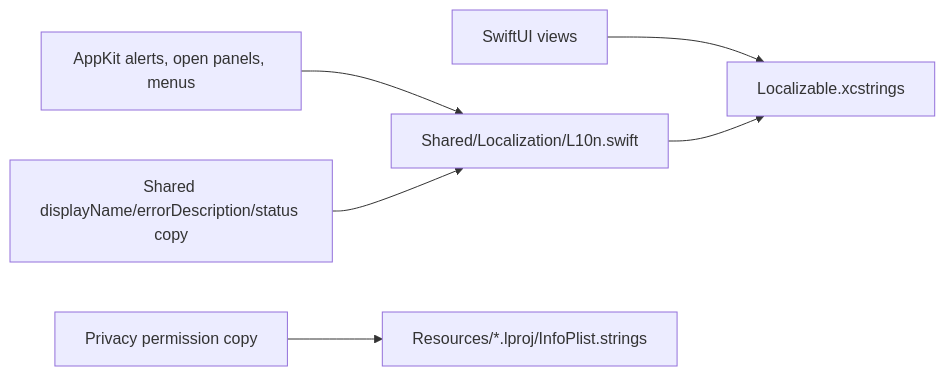
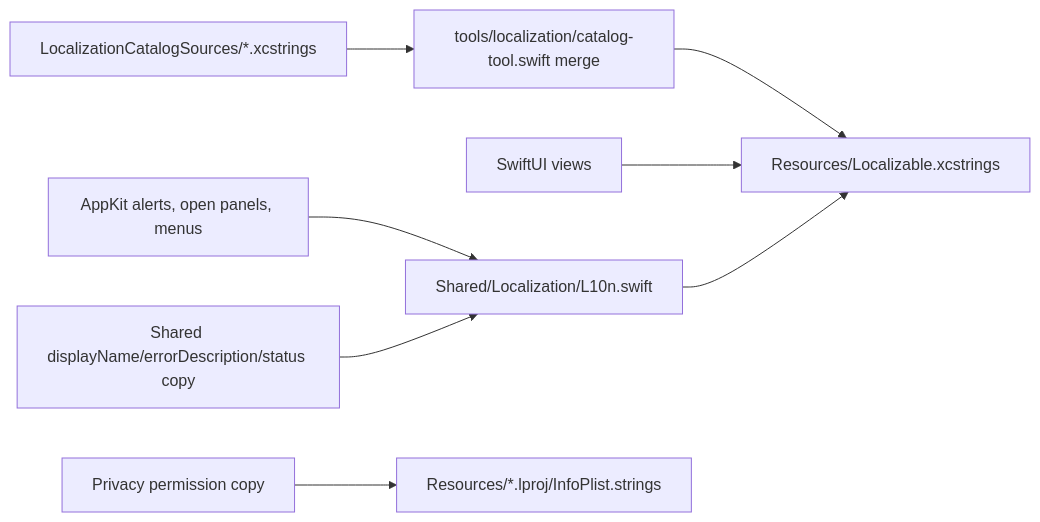
One commit to duongductrong/Snapzy changed the diagram in docs/localization.md. Above: the diagram before and after it, drawn with Mermaid. The commit also changed other lines of this file and 21 other files, not shown here.

First line of the commit message:
refactor: Refactor localization architecture and introduce catalog management tool

````diff
--- a/docs/localization.md
+++ b/docs/localization.md
@@ -14,8 +16,10 @@
 ```mermaid
 flowchart LR
-    A["SwiftUI views"] --> B["Localizable.xcstrings"]
-    C["AppKit alerts, open panels, menus"] --> D["Shared/Localization/L10n.swift"]
-    E["Shared displayName/errorDescription/status copy"] --> D
-    D --> B
-    F["Privacy permission copy"] --> G["Resources/*.lproj/InfoPlist.strings"]
+    A["LocalizationCatalogSources/*.xcstrings"] --> B["tools/localization/catalog-tool.swift merge"]
+    B --> C["Resources/Localizable.xcstrings"]
+    D["SwiftUI views"] --> C
+    E["AppKit alerts, open panels, menus"] --> F["Shared/Localization/L10n.swift"]
+    G["Shared displayName/errorDescription/status copy"] --> F
+    F --> C
+    H["Privacy permission copy"] --> I["Resources/*.lproj/InfoPlist.strings"]
 ```
````
